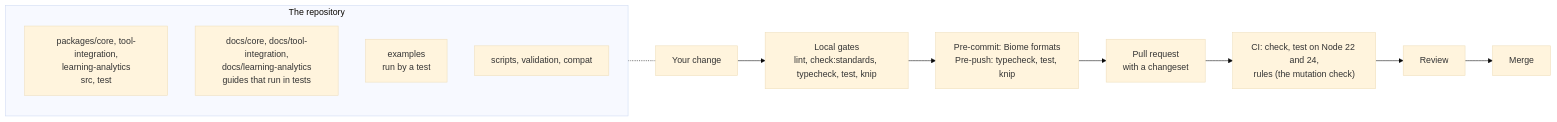
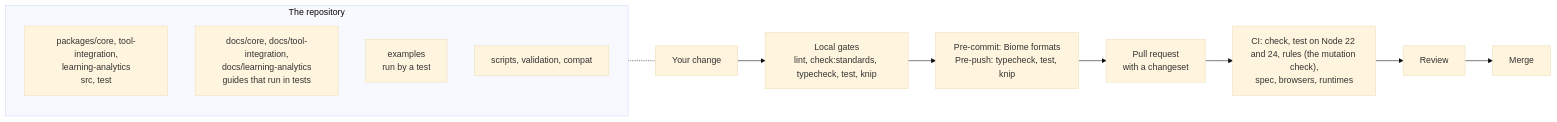
One commit to interopkit/interopkit changed the diagram in CONTRIBUTING.md. Above: the diagram before and after it, drawn with Mermaid (base theme). The commit also changed 11 other files, not shown here.

````diff
--- a/CONTRIBUTING.md
+++ b/CONTRIBUTING.md
@@ -6,16 +6,16 @@
 ```mermaid
 flowchart LR
   subgraph repo["The repository"]
     packages["packages/core, tool-integration,<br/>learning-analytics<br/>src, test"]
     docs["docs/core, docs/tool-integration,<br/>docs/learning-analytics<br/>guides that run in tests"]
     examples["examples<br/>run by a test"]
     tooling["scripts, validation, compat"]
   end
   change["Your change"] --> local["Local gates<br/>lint, check:standards, typecheck, test, knip"]
   local --> hooks["Pre-commit: Biome formats<br/>Pre-push: typecheck, test, knip"]
   hooks --> pr["Pull request<br/>with a changeset"]
-  pr --> ci["CI: check, test on Node 22 and 24,<br/>rules (the mutation check)"]
+  pr --> ci["CI: check, test on Node 22 and 24, rules (the mutation check),<br/>spec, browsers, runtimes"]
   ci --> review["Review"]
   review --> merge["Merge"]
   repo -.- change
 ```
````
